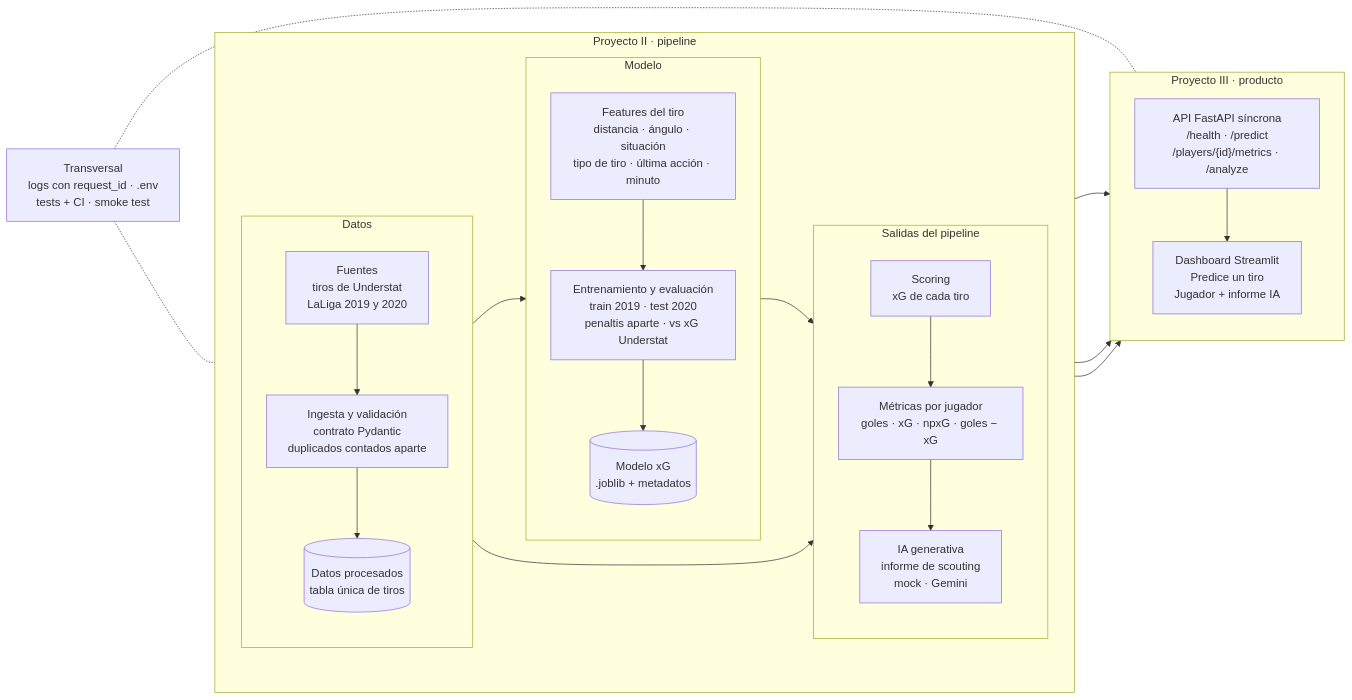
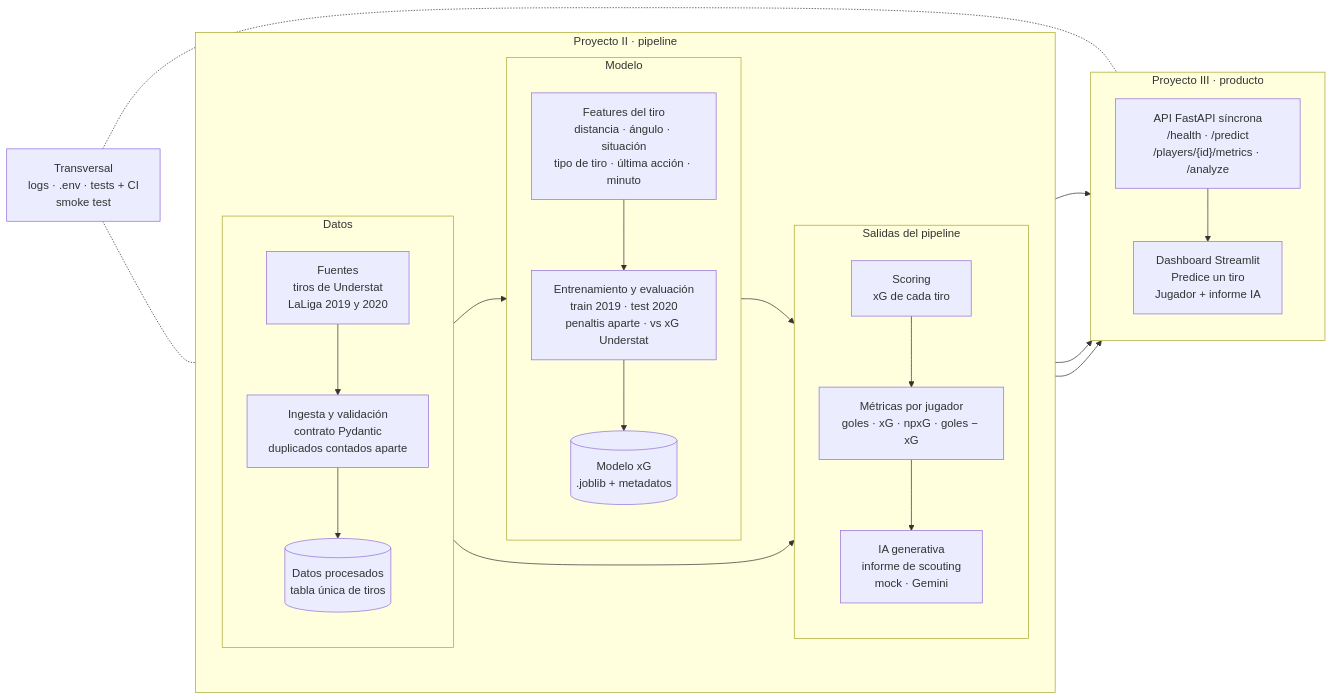
One commit to carlosagustii/dsia-26-27-agusti-carlos changed the diagram in docs/ARQUITECTURA.md. Above: the diagram before and after it, drawn with Mermaid. The commit also changed other lines of this file, not shown here.

````diff
--- a/docs/ARQUITECTURA.md
+++ b/docs/ARQUITECTURA.md
@@ -38,34 +38,34 @@
 ```mermaid
 flowchart LR
   subgraph P2["Proyecto II · pipeline"]
     direction LR
     subgraph DATOS["Datos"]
       direction TB
       F["Fuentes<br/>tiros de Understat<br/>LaLiga 2019 y 2020"] --> I["Ingesta y validación<br/>contrato Pydantic<br/>duplicados contados aparte"] --> D[("Datos procesados<br/>tabla única de tiros")]
     end
     subgraph MODELO["Modelo"]
       direction TB
       FE["Features del tiro<br/>distancia · ángulo · situación<br/>tipo de tiro · última acción · minuto"] --> T["Entrenamiento y evaluación<br/>train 2019 · test 2020<br/>penaltis aparte · vs xG Understat"] --> M[("Modelo xG<br/>.joblib + metadatos")]
     end
     subgraph SALIDAS["Salidas del pipeline"]
       direction TB
       S["Scoring<br/>xG de cada tiro"] --> P["Métricas por jugador<br/>goles · xG · npxG · goles − xG"] --> G["IA generativa<br/>informe de scouting<br/>mock · Gemini"]
     end
   end
 
   subgraph P3["Proyecto III · producto"]
     direction TB
     A["API FastAPI síncrona<br/>/health · /predict<br/>/players/{id}/metrics · /analyze"] --> C["Dashboard Streamlit<br/>Predice un tiro<br/>Jugador + informe IA"]
   end
 
-  X["Transversal<br/>logs con request_id · .env<br/>tests + CI · smoke test"]
+  X["Transversal<br/>logs · .env · tests + CI<br/>smoke test"]
 
   D --> FE
   M --> S
   D --> S
   M --> A
   P --> A
   G --> A
   X -.- P2
   X -.- P3
 ```
````
